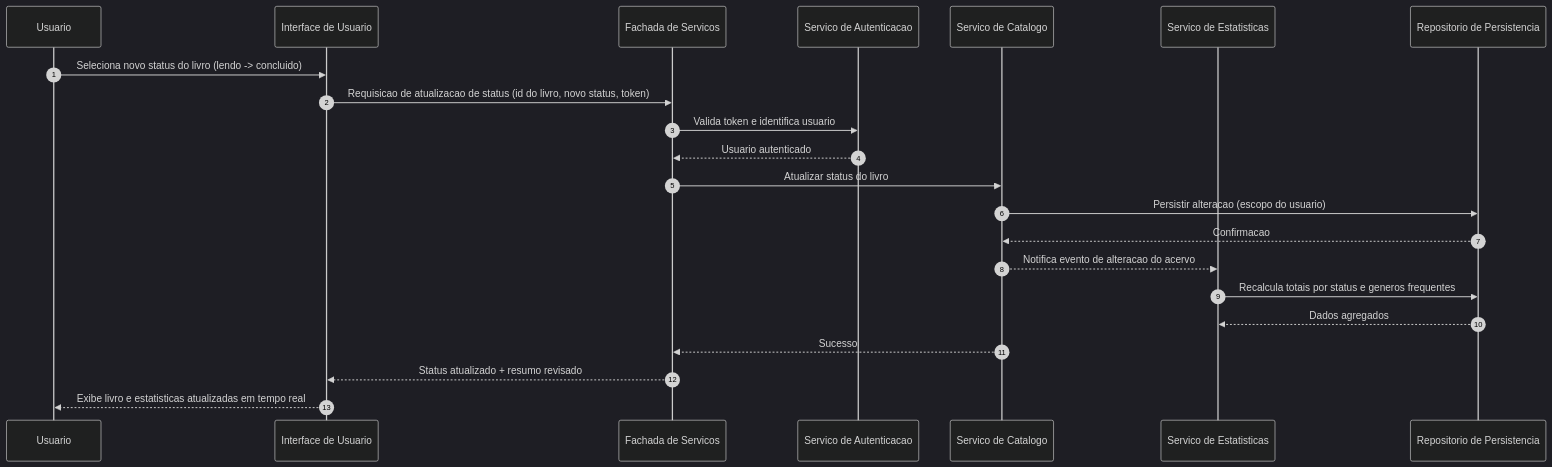
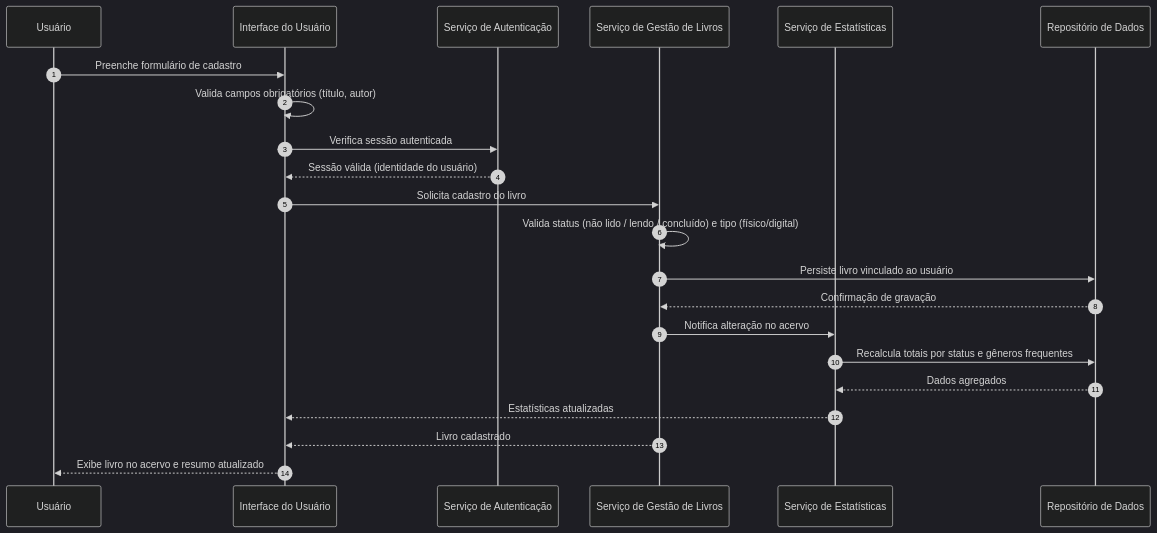
The second of 3 diagrams in docs/Time_2_Design/analise-qualitativa/outputs/relatorio_claude_fable_5_P04.md (PDC-ESIA/AI4ES), drawn with Mermaid (dark theme) before and after one commit. The commit also changed other lines of this file and 107 other files, not shown here.

````diff
--- a/docs/Time_2_Design/analise-qualitativa/outputs/relatorio_claude_fable_5_P04.md
+++ b/docs/Time_2_Design/analise-qualitativa/outputs/relatorio_claude_fable_5_P04.md
@@ -64,25 +64,25 @@
 ```mermaid
 sequenceDiagram
     autonumber
-    participant U as Usuario
-    participant UI as Interface de Usuario
-    participant GW as Fachada de Servicos
-    participant AUTH as Servico de Autenticacao
-    participant CAT as Servico de Catalogo
-    participant STAT as Servico de Estatisticas
-    participant REPO as Repositorio de Persistencia
+    participant U as Usuário
+    participant UI as Interface do Usuário
+    participant AU as Serviço de Autenticação
+    participant LV as Serviço de Gestão de Livros
+    participant ST as Serviço de Estatísticas
+    participant RP as Repositório de Dados
 
-    U->>UI: Seleciona novo status do livro (lendo -> concluido)
-    UI->>GW: Requisicao de atualizacao de status (id do livro, novo status, token)
-    GW->>AUTH: Valida token e identifica usuario
-    AUTH-->>GW: Usuario autenticado
-    GW->>CAT: Atualizar status do livro
-    CAT->>REPO: Persistir alteracao (escopo do usuario)
-    REPO-->>CAT: Confirmacao
-    CAT-->>STAT: Notifica evento de alteracao do acervo
-    STAT->>REPO: Recalcula totais por status e generos frequentes
-    REPO-->>STAT: Dados agregados
-    CAT-->>GW: Sucesso
-    GW-->>UI: Status atualizado + resumo revisado
-    UI-->>U: Exibe livro e estatisticas atualizadas em tempo real
+    U->>UI: Preenche formulário de cadastro
+    UI->>UI: Valida campos obrigatórios (título, autor)
+    UI->>AU: Verifica sessão autenticada
+    AU-->>UI: Sessão válida (identidade do usuário)
+    UI->>LV: Solicita cadastro do livro
+    LV->>LV: Valida status (não lido / lendo / concluído) e tipo (físico/digital)
+    LV->>RP: Persiste livro vinculado ao usuário
+    RP-->>LV: Confirmação de gravação
+    LV->>ST: Notifica alteração no acervo
+    ST->>RP: Recalcula totais por status e gêneros frequentes
+    RP-->>ST: Dados agregados
+    ST-->>UI: Estatísticas atualizadas
+    LV-->>UI: Livro cadastrado
+    UI-->>U: Exibe livro no acervo e resumo atualizado
 ```
````
